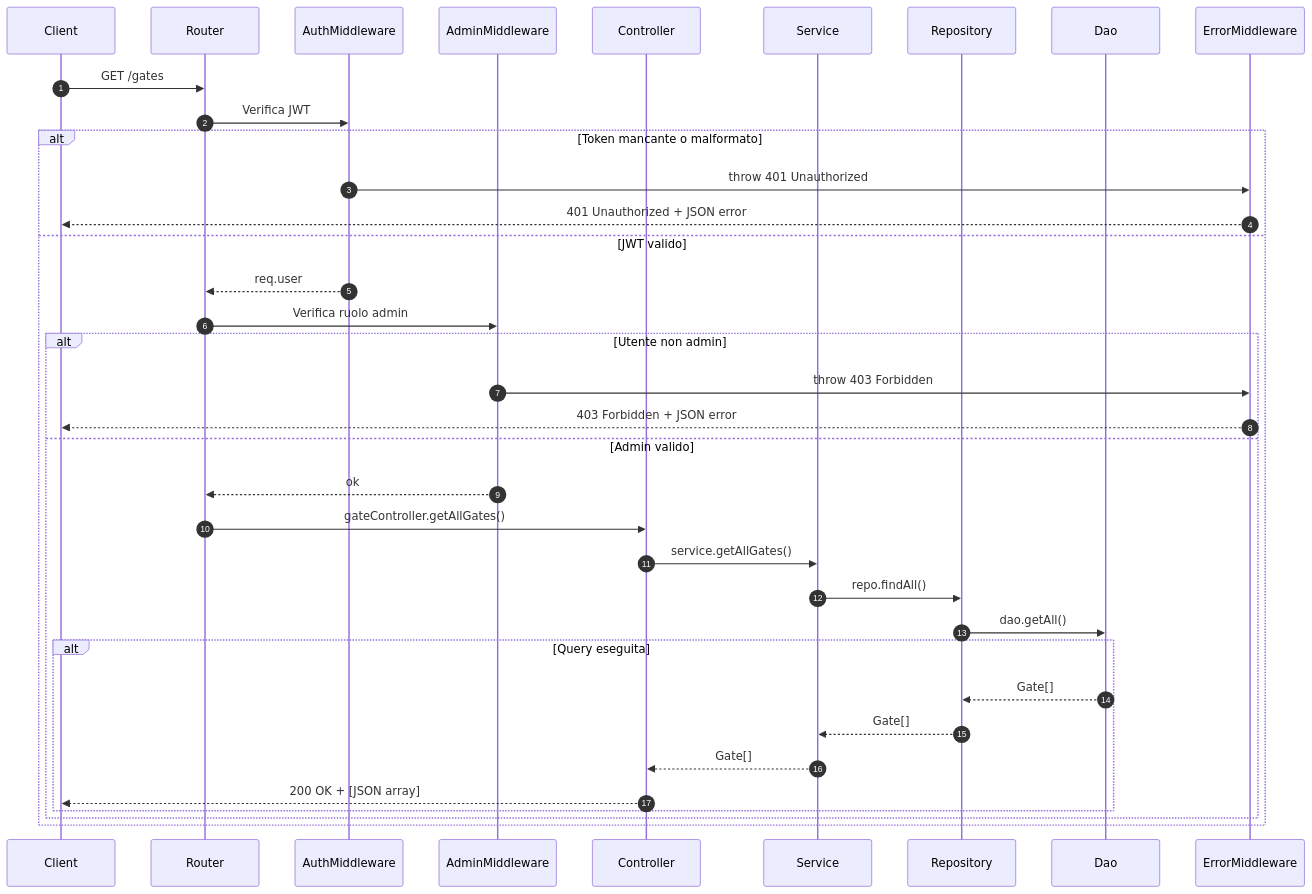
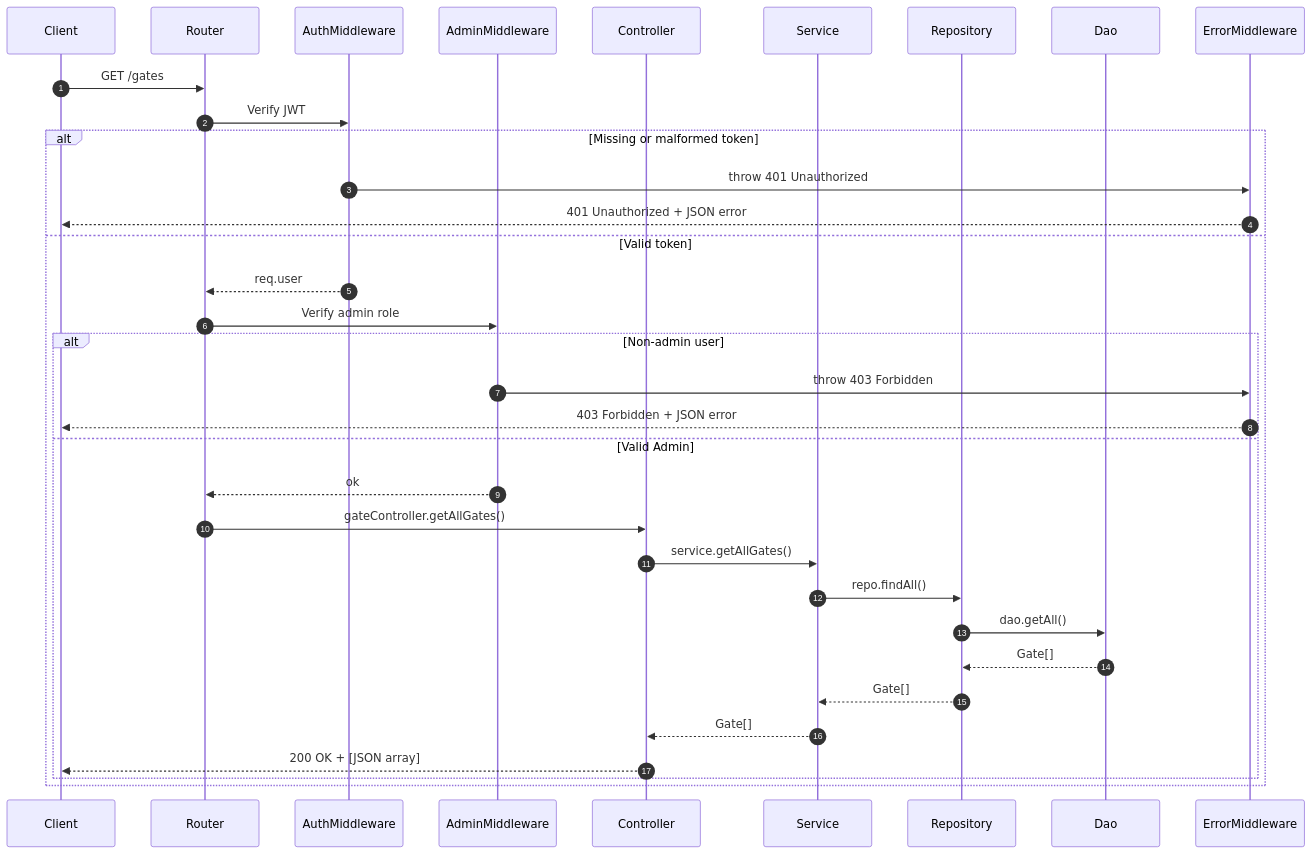
Before and after one commit to davideticchiarelli01/SafeGate_PA: the second of 4 diagrams in README.md, drawn with Mermaid. The commit also changed other lines of this file, not shown here.

````diff
--- a/README.md
+++ b/README.md
@@ -274,47 +274,45 @@
 ``` mermaid
 sequenceDiagram
     autonumber
     participant Client
     participant Router
     participant AuthMiddleware
     participant AdminMiddleware
     participant Controller
     participant Service
     participant Repository
     participant Dao
     participant ErrorMiddleware
 
     Client->>Router: GET /gates
 
-    %% Autenticazione
-    Router->>AuthMiddleware: Verifica JWT
-    alt Token mancante o malformato
+    %% Authentication
+    Router->>AuthMiddleware: Verify JWT
+    alt Missing or malformed token
         AuthMiddleware->>ErrorMiddleware: throw 401 Unauthorized
         ErrorMiddleware-->>Client: 401 Unauthorized + JSON error
-    else JWT valido
+    else Valid token
         AuthMiddleware-->>Router: req.user
 
-        %% Autorizzazione
-        Router->>AdminMiddleware: Verifica ruolo admin
-        alt Utente non admin
+        %% Authorization
+        Router->>AdminMiddleware: Verify admin role
+        alt Non-admin user
             AdminMiddleware->>ErrorMiddleware: throw 403 Forbidden
             ErrorMiddleware-->>Client: 403 Forbidden + JSON error
-        else Admin valido
+        else Valid Admin
             AdminMiddleware-->>Router: ok
 
-            %% Chiamata al controller
+            %% Controller call
             Router->>Controller: gateController.getAllGates()
             Controller->>Service: service.getAllGates()
             Service->>Repository: repo.findAll()
             Repository->>Dao: dao.getAll()
-
-            alt Query eseguita
-                Dao-->>Repository: Gate[]
-                Repository-->>Service: Gate[]
-                Service-->>Controller: Gate[]
-                Controller-->>Client: 200 OK + [JSON array]
-            end
+            Dao-->>Repository: Gate[]
+            Repository-->>Service: Gate[]
+            Service-->>Controller: Gate[]
+            Controller-->>Client: 200 OK + [JSON array]
+        
         end
     end
 
 ```
````
